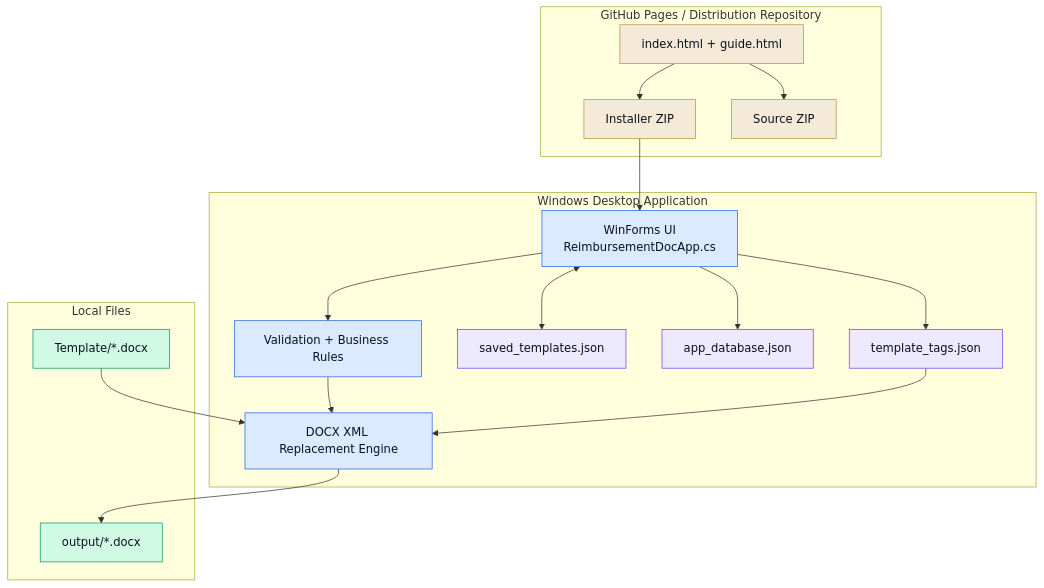
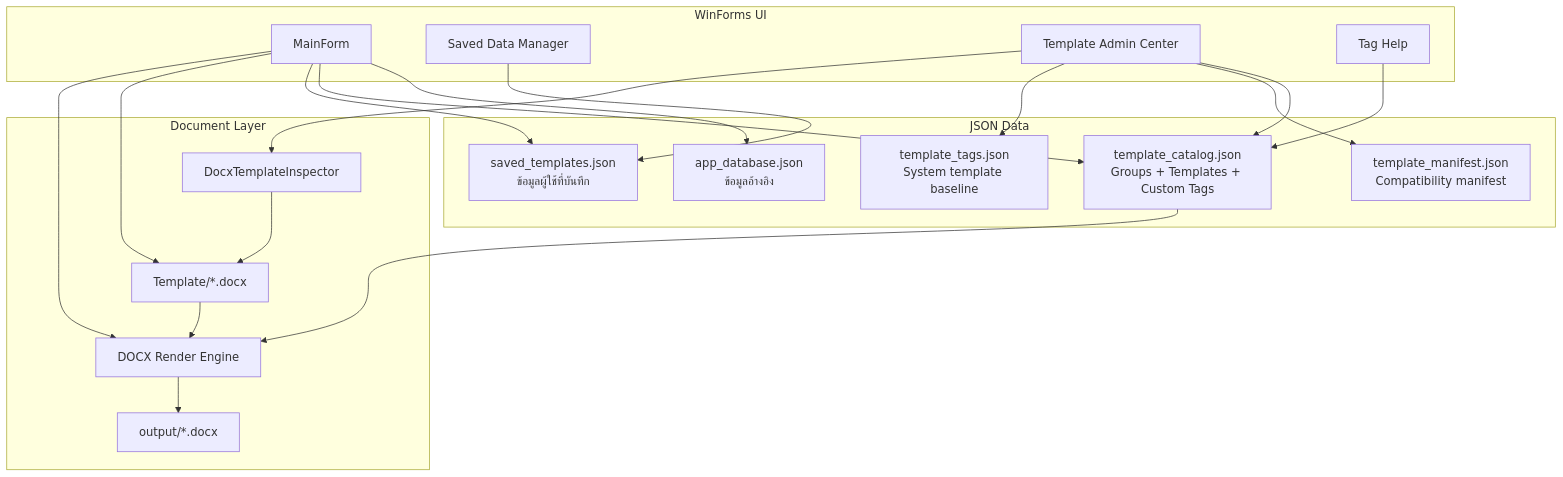
Before and after one commit to RobbyGrean/jmoney: the eighth of 9 diagrams in README.md, drawn with Mermaid. The commit also changed other lines of this file and 14 other files, not shown here.

Commit message:
release: publish jmoney 2.0 template manager

````diff
--- a/README.md
+++ b/README.md
@@ -266,43 +715,40 @@
 ```mermaid
 flowchart TB
-    subgraph Distribution["GitHub Pages / Distribution Repository"]
-        WEB["index.html + guide.html"]
-        ZIP["Installer ZIP"]
-        SRC["Source ZIP"]
+    subgraph UI["WinForms UI"]
+        MAIN["MainForm"]
+        SAVED["Saved Data Manager"]
+        ADMIN["Template Admin Center"]
+        HELP["Tag Help"]
     end
 
-    subgraph Desktop["Windows Desktop Application"]
-        UI["WinForms UI\nReimbursementDocApp.cs"]
-        RULES["Validation + Business Rules"]
-        PRESET["saved_templates.json"]
-        DB["app_database.json"]
-        MANIFEST["template_tags.json"]
-        ENGINE["DOCX XML Replacement Engine"]
+    subgraph DATA["JSON Data"]
+        DB["app_database.json\nข้อมูลอ้างอิง"]
+        CATALOG["template_catalog.json\nGroups + Templates + Custom Tags"]
+        MANIFEST["template_manifest.json\nCompatibility manifest"]
+        TAGS["template_tags.json\nSystem template baseline"]
+        PRESET["saved_templates.json\nข้อมูลผู้ใช้ที่บันทึก"]
     end
 
-    subgraph Files["Local Files"]
+    subgraph DOCX["Document Layer"]
         TPL["Template/*.docx"]
+        INSPECT["DocxTemplateInspector"]
+        RENDER["DOCX Render Engine"]
         OUT["output/*.docx"]
     end
 
-    WEB --> ZIP
-    WEB --> SRC
-    ZIP --> UI
-    UI <--> PRESET
-    UI --> DB
-    UI --> MANIFEST
-    UI --> RULES
-    RULES --> ENGINE
-    MANIFEST --> ENGINE
-    TPL --> ENGINE
-    ENGINE --> OUT
-
-    classDef web fill:#f4ead7,stroke:#b99042,color:#08111f
-    classDef app fill:#dbeafe,stroke:#2563eb,color:#08111f
-    classDef data fill:#ede9fe,stroke:#7c3aed,color:#08111f
-    classDef file fill:#d1fae5,stroke:#059669,color:#08111f
-    class WEB,ZIP,SRC web
-    class UI,RULES,ENGINE app
-    class PRESET,DB,MANIFEST data
-    class TPL,OUT file
+    MAIN --> DB
+    MAIN --> CATALOG
+    MAIN --> PRESET
+    MAIN --> TPL
+    SAVED --> PRESET
+    ADMIN --> CATALOG
+    ADMIN --> MANIFEST
+    ADMIN --> TAGS
+    ADMIN --> INSPECT
+    HELP --> CATALOG
+    INSPECT --> TPL
+    MAIN --> RENDER
+    CATALOG --> RENDER
+    TPL --> RENDER
+    RENDER --> OUT
 ```
````
